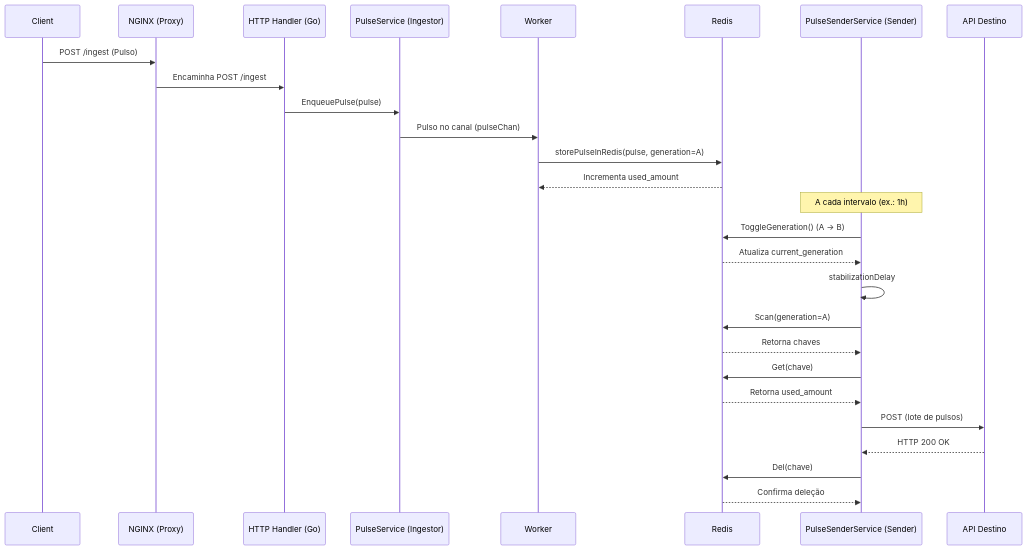
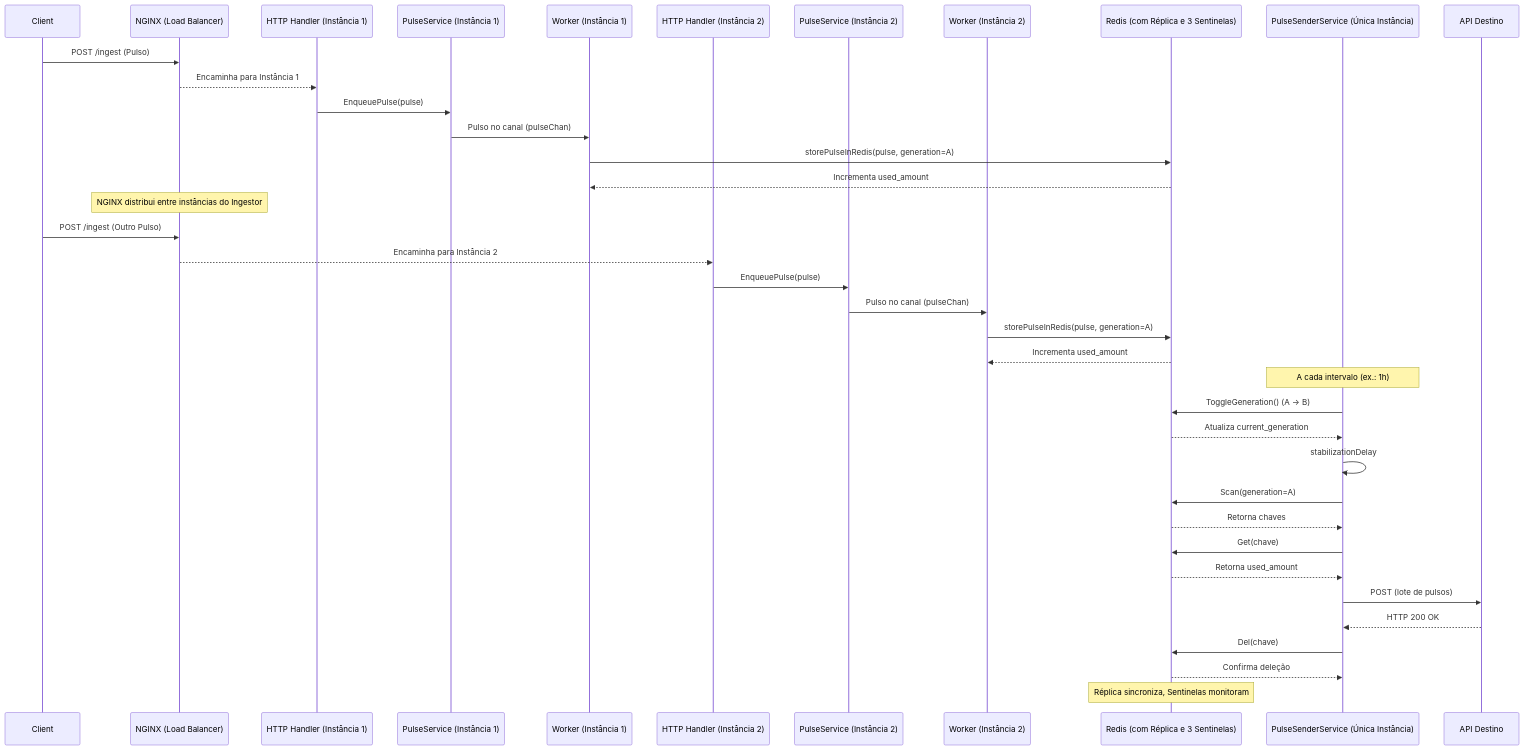
Before and after one commit to ThalysSilva/ingestor-consumo: the first of 4 diagrams in README.md, drawn with Mermaid. The commit also changed other lines of this file, not shown here.

Commit message:
feat: correção de alguns diagramas

````diff
--- a/README.md
+++ b/README.md
@@ -176,31 +176,44 @@
 ```mermaid
 sequenceDiagram
     participant C as Client
-    participant N as NGINX (Proxy)
-    participant H as HTTP Handler (Go)
-    participant I as PulseService (Ingestor)
-    participant W as Worker
-    participant R as Redis
-    participant S as PulseSenderService (Sender)
+    participant N as NGINX (Load Balancer)
+    participant H1 as HTTP Handler (Instância 1)
+    participant I1 as PulseService (Instância 1)
+    participant W1 as Worker (Instância 1)
+    participant H2 as HTTP Handler (Instância 2)
+    participant I2 as PulseService (Instância 2)
+    participant W2 as Worker (Instância 2)
+    participant R as Redis (com Réplica e 3 Sentinelas)
+    participant S as PulseSenderService (Única Instância)
     participant P as API Destino
 
     C->>N: POST /ingest (Pulso)
-    N->>H: Encaminha POST /ingest
-    H->>I: EnqueuePulse(pulse)
-    I->>W: Pulso no canal (pulseChan)
-    W->>R: storePulseInRedis(pulse, generation=A)
-    R-->>W: Incrementa used_amount
+    N-->>H1: Encaminha para Instância 1
+    H1->>I1: EnqueuePulse(pulse)
+    I1->>W1: Pulso no canal (pulseChan)
+    W1->>R: storePulseInRedis(pulse, generation=A)
+    R-->>W1: Incrementa used_amount
+
+    note over N: NGINX distribui entre instâncias do Ingestor
+    C->>N: POST /ingest (Outro Pulso)
+    N-->>H2: Encaminha para Instância 2
+    H2->>I2: EnqueuePulse(pulse)
+    I2->>W2: Pulso no canal (pulseChan)
+    W2->>R: storePulseInRedis(pulse, generation=A)
+    R-->>W2: Incrementa used_amount
 
     note over S: A cada intervalo (ex.: 1h)
     S->>R: ToggleGeneration() (A -> B)
     R-->>S: Atualiza current_generation
     S->>S: stabilizationDelay
     S->>R: Scan(generation=A)
     R-->>S: Retorna chaves
     S->>R: Get(chave)
     R-->>S: Retorna used_amount
     S->>P: POST (lote de pulsos)
     P-->>S: HTTP 200 OK
     S->>R: Del(chave)
     R-->>S: Confirma deleção
+
+    note over R: Réplica sincroniza, Sentinelas monitoram
 ```
````
